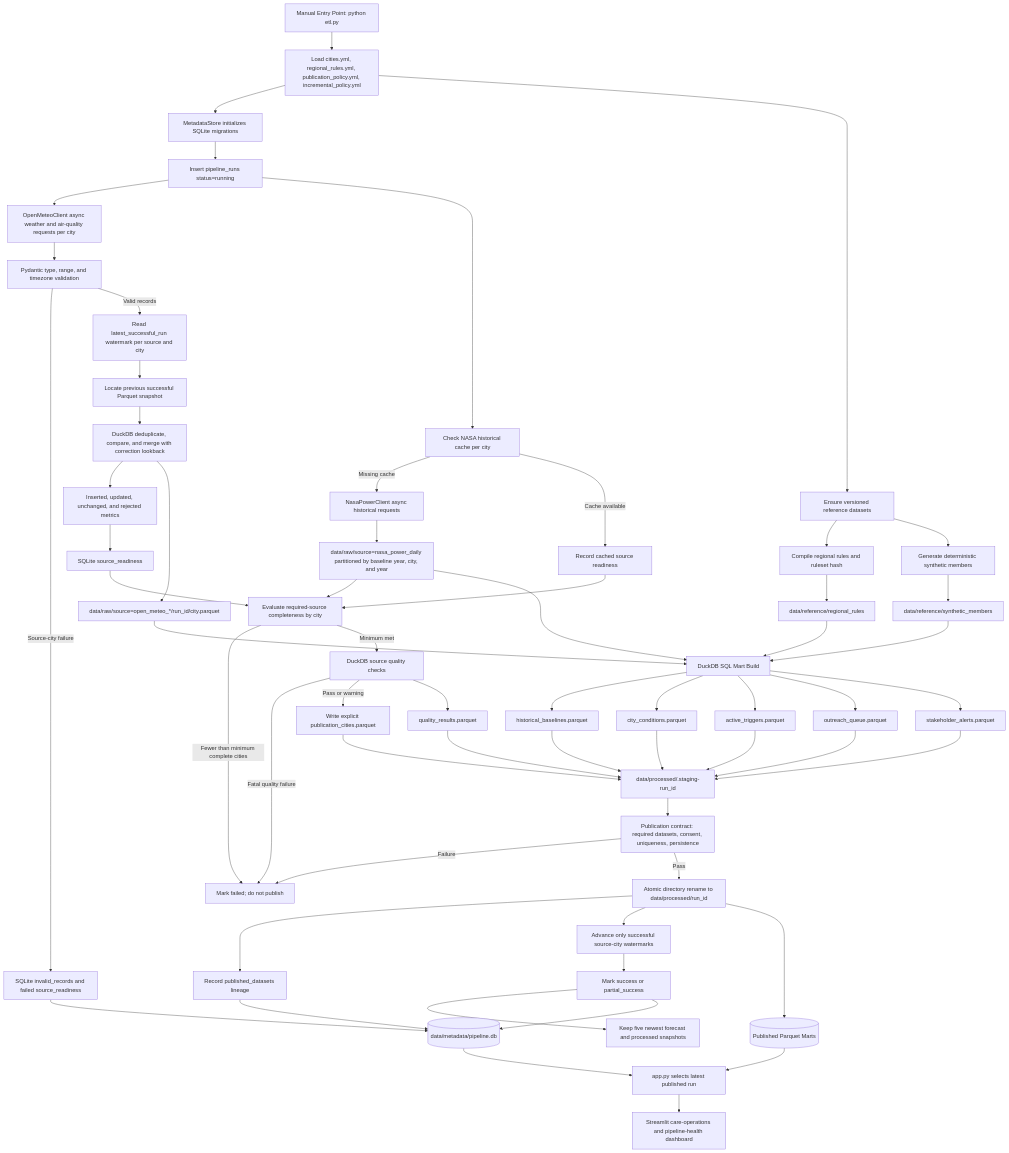
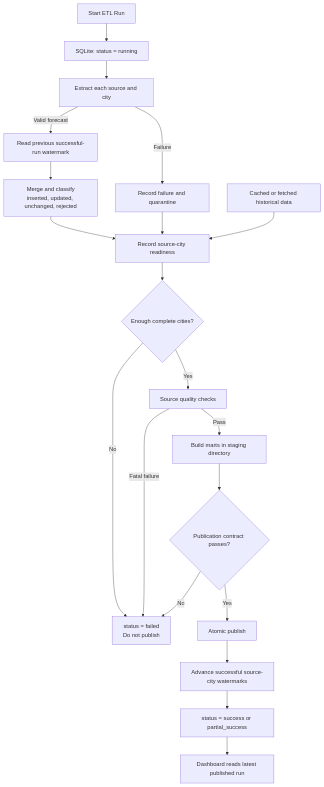
One commit to yasho6o4l999/CareSignalIndia changed the third of 3 diagrams in docs/architecture.md. Above: the diagram before and after it, drawn with Mermaid. The commit also changed other lines of this file, not shown here.

Commit message:
docs: simplify architecture diagrams

````diff
--- a/docs/architecture.md
+++ b/docs/architecture.md
@@ -86,69 +90,25 @@
 ```mermaid
 flowchart TD
-    Start["Manual Entry Point: python etl.py"] --> LoadConfig["Load cities.yml, regional_rules.yml, publication_policy.yml, incremental_policy.yml"]
-    LoadConfig --> MetadataInit["MetadataStore initializes SQLite migrations"]
-    MetadataInit --> StartRun["Insert pipeline_runs status=running"]
+    Start["Start ETL Run"] --> Running["SQLite: status = running"]
+    Running --> Extract["Extract each source and city"]
 
-    LoadConfig --> EnsureReferences["Ensure versioned reference datasets"]
-    EnsureReferences --> CompileRules["Compile regional rules and ruleset hash"]
-    EnsureReferences --> GenerateMembers["Generate deterministic synthetic members"]
-    CompileRules --> RuleParquet["data/reference/regional_rules"]
-    GenerateMembers --> MemberParquet["data/reference/synthetic_members"]
+    Extract -->|Valid forecast| Watermark["Read previous successful-run watermark"]
+    Watermark --> Merge["Merge and classify<br/>inserted, updated, unchanged, rejected"]
+    Merge --> Readiness["Record source-city readiness"]
 
-    StartRun --> ForecastExtract["OpenMeteoClient async weather and air-quality requests per city"]
-    StartRun --> HistoryCheck["Check NASA historical cache per city"]
-    HistoryCheck -->|Missing cache| HistoryExtract["NasaPowerClient async historical requests"]
-    HistoryCheck -->|Cache available| HistoryReady["Record cached source readiness"]
-    HistoryExtract --> HistoryParquet["data/raw/source=nasa_power_daily partitioned by baseline year, city, and year"]
+    Extract -->|Failure| Quarantine["Record failure and quarantine"]
+    Quarantine --> Readiness
+    History["Cached or fetched historical data"] --> Readiness
 
-    ForecastExtract --> Pydantic["Pydantic type, range, and timezone validation"]
-    Pydantic -->|Source-city failure| Quarantine["SQLite invalid_records and failed source_readiness"]
-    Pydantic -->|Valid records| WatermarkRead["Read latest_successful_run watermark per source and city"]
-    WatermarkRead --> PreviousSnapshot["Locate previous successful Parquet snapshot"]
-    PreviousSnapshot --> IncrementalSQL["DuckDB deduplicate, compare, and merge with correction lookback"]
-    IncrementalSQL --> ChangeMetrics["Inserted, updated, unchanged, and rejected metrics"]
-    IncrementalSQL --> RawSnapshot["data/raw/source=open_meteo_*/run_id/city.parquet"]
-    ChangeMetrics --> SourceReadiness["SQLite source_readiness"]
-
-    HistoryReady --> ReadinessDecision["Evaluate required-source completeness by city"]
-    HistoryParquet --> ReadinessDecision
-    SourceReadiness --> ReadinessDecision
-    ReadinessDecision -->|Fewer than minimum complete cities| FailedRun["Mark failed; do not publish"]
-    ReadinessDecision -->|Minimum met| SourceQuality["DuckDB source quality checks"]
-    SourceQuality -->|Fatal quality failure| FailedRun
-    SourceQuality -->|Pass or warning| PublicationCities["Write explicit publication_cities.parquet"]
-
-    PublicationCities --> Staging["data/processed/.staging-run_id"]
-    RuleParquet --> Marts
-    MemberParquet --> Marts
-    RawSnapshot --> Marts["DuckDB SQL Mart Build"]
-    HistoryParquet --> Marts
-    Marts --> Baselines["historical_baselines.parquet"]
-    Marts --> Conditions["city_conditions.parquet"]
-    Marts --> Triggers["active_triggers.parquet"]
-    Marts --> Outreach["outreach_queue.parquet"]
-    Marts --> Alerts["stakeholder_alerts.parquet"]
-    SourceQuality --> QualityResults["quality_results.parquet"]
-    Baselines --> Staging
-    Conditions --> Staging
-    Triggers --> Staging
-    Outreach --> Staging
-    Alerts --> Staging
-    QualityResults --> Staging
-
-    Staging --> Contract["Publication contract: required datasets, consent, uniqueness, persistence"]
-    Contract -->|Failure| FailedRun
-    Contract -->|Pass| AtomicPublish["Atomic directory rename to data/processed/run_id"]
-    AtomicPublish --> Lineage["Record published_datasets lineage"]
-    AtomicPublish --> AdvanceWatermarks["Advance only successful source-city watermarks"]
-    AdvanceWatermarks --> CompleteRun["Mark success or partial_success"]
-    CompleteRun --> Retention["Keep five newest forecast and processed snapshots"]
-
-    SQLiteDB[("data/metadata/pipeline.db")] --> DashboardRead["app.py selects latest published run"]
-    CompleteRun --> SQLiteDB
-    Quarantine --> SQLiteDB
-    Lineage --> SQLiteDB
-    AtomicPublish --> PublishedMarts[("Published Parquet Marts")]
-    PublishedMarts --> DashboardRead
-    DashboardRead --> Dashboard["Streamlit care-operations and pipeline-health dashboard"]
+    Readiness --> Decision{"Enough complete cities?"}
+    Decision -->|No| Failed["status = failed<br/>Do not publish"]
+    Decision -->|Yes| Quality["Source quality checks"]
+    Quality -->|Fatal failure| Failed
+    Quality -->|Pass| Build["Build marts in staging directory"]
+    Build --> Contract{"Publication contract passes?"}
+    Contract -->|No| Failed
+    Contract -->|Yes| Publish["Atomic publish"]
+    Publish --> Watermarks["Advance successful source-city watermarks"]
+    Watermarks --> Complete["status = success or partial_success"]
+    Complete --> Latest["Dashboard reads latest published run"]
 ```
````
